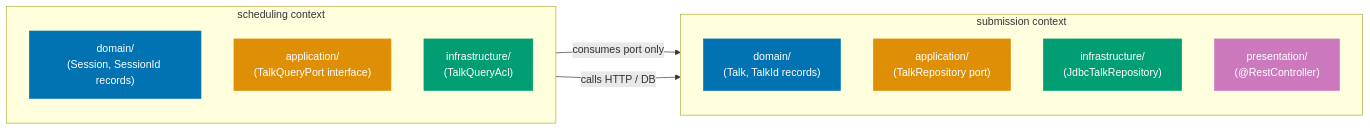
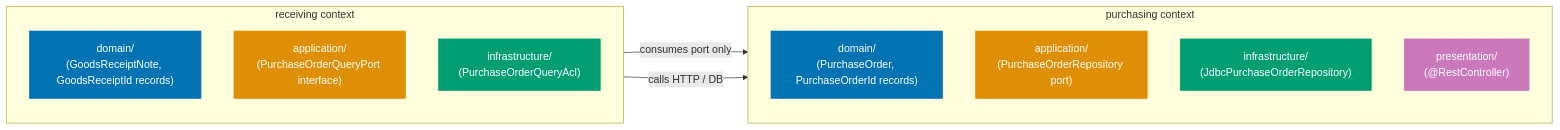
The first of 2 diagrams in apps/ayokoding-web/content/en/learn/software-engineering/architecture/ddd-hexagonal-in-practice/oop-in-the-field/beginner.md (wahidyankf/open-sharia-enterprise), drawn with Mermaid before and after one commit. The commit also changed other lines of this file and 38 other files, not shown here.

First line of the commit message:
docs(ayokoding-web): unify architecture tutorials on shared P2P domain

````diff
--- a/apps/ayokoding-web/content/en/learn/software-engineering/architecture/ddd-hexagonal-in-practice/oop-in-the-field/beginner.md
+++ b/apps/ayokoding-web/content/en/learn/software-engineering/architecture/ddd-hexagonal-in-practice/oop-in-the-field/beginner.md
@@ -47,23 +47,23 @@
 ```mermaid
 flowchart LR
-    subgraph ctx["submission context"]
+    subgraph ctx["purchasing context"]
         direction TB
-        dom["domain/\n(Talk, TalkId records)"]:::blue
-        app["application/\n(TalkRepository port)"]:::orange
-        inf["infrastructure/\n(JdbcTalkRepository)"]:::teal
+        dom["domain/\n(PurchaseOrder, PurchaseOrderId records)"]:::blue
+        app["application/\n(PurchaseOrderRepository port)"]:::orange
+        inf["infrastructure/\n(JdbcPurchaseOrderRepository)"]:::teal
         pres["presentation/\n(@RestController)"]:::purple
     end
-    subgraph sched["scheduling context"]
+    subgraph recv["receiving context"]
         direction TB
-        sdom["domain/\n(Session, SessionId records)"]:::blue
-        sapp["application/\n(TalkQueryPort interface)"]:::orange
-        sinf["infrastructure/\n(TalkQueryAcl)"]:::teal
+        rdom["domain/\n(GoodsReceiptNote, GoodsReceiptId records)"]:::blue
+        rapp["application/\n(PurchaseOrderQueryPort interface)"]:::orange
+        rinf["infrastructure/\n(PurchaseOrderQueryAcl)"]:::teal
     end
-    sapp -->|"consumes port only"| app
-    sinf -->|"calls HTTP / DB"| inf
+    rapp -->|"consumes port only"| app
+    rinf -->|"calls HTTP / DB"| inf
 
     classDef blue fill:#0173B2,color:#fff,stroke:#0173B2
     classDef orange fill:#DE8F05,color:#fff,stroke:#DE8F05
     classDef teal fill:#029E73,color:#fff,stroke:#029E73
     classDef purple fill:#CC78BC,color:#fff,stroke:#CC78BC
 ```
````
